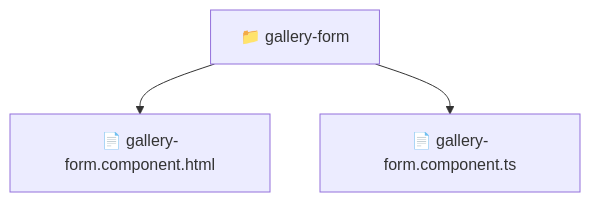
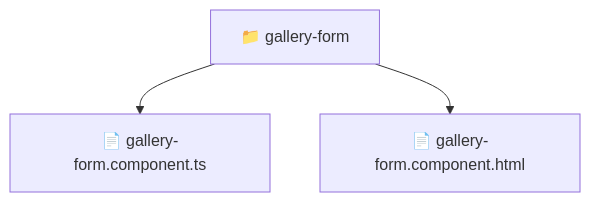
Before and after one commit to beginwebdev2002/fullstack-mavluda: the diagram in frontend/src/pages/gallery/ui/gallery-form/README.md, drawn with Mermaid. The commit also changed other lines of this file and 164 other files, not shown here.

First line of the commit message:
docs: generate robust autonomous architectural documentation

````diff
--- a/frontend/src/pages/gallery/ui/gallery-form/README.md
+++ b/frontend/src/pages/gallery/ui/gallery-form/README.md
@@ -11,6 +11,6 @@
 ```mermaid
 graph TD
-  Root["📁 gallery-form"]
-  Root --> gallery_form_component_html["📄 gallery-form.component.html"]
-  Root --> gallery_form_component_ts["📄 gallery-form.component.ts"]
+    f_gallery_form["📁 gallery-form"]
+    f_gallery_form --> f_gallery_form_component_ts["📄 gallery-form.component.ts"]
+    f_gallery_form --> f_gallery_form_component_html["📄 gallery-form.component.html"]
 ```
````
